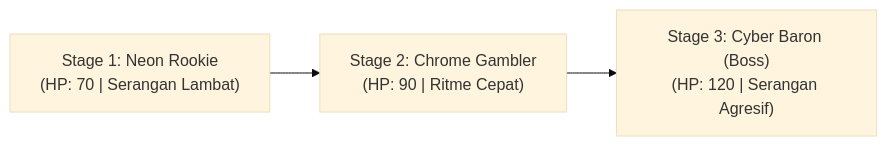
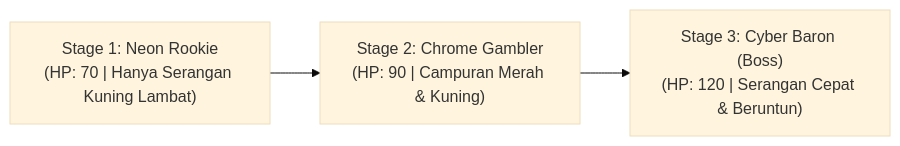
One commit to HafizAFauzi/PrototypeZ changed the diagram in docs/GDD.md. Above: the diagram before and after it, drawn with Mermaid (base theme). The commit also changed other lines of this file and 2 other files, not shown here.

````diff
--- a/docs/GDD.md
+++ b/docs/GDD.md
@@ -136,5 +140,5 @@
 ```mermaid
 graph LR
-    A["Stage 1: Neon Rookie<br>(HP: 70 | Serangan Lambat)"] --> B["Stage 2: Chrome Gambler<br>(HP: 90 | Ritme Cepat)"]
-    B --> C["Stage 3: Cyber Baron (Boss)<br>(HP: 120 | Serangan Agresif)"]
+    A["Stage 1: Neon Rookie<br>(HP: 70 | Hanya Serangan Kuning Lambat)"] --> B["Stage 2: Chrome Gambler<br>(HP: 90 | Campuran Merah & Kuning)"]
+    B --> C["Stage 3: Cyber Baron (Boss)<br>(HP: 120 | Serangan Cepat & Beruntun)"]
 ```
````
